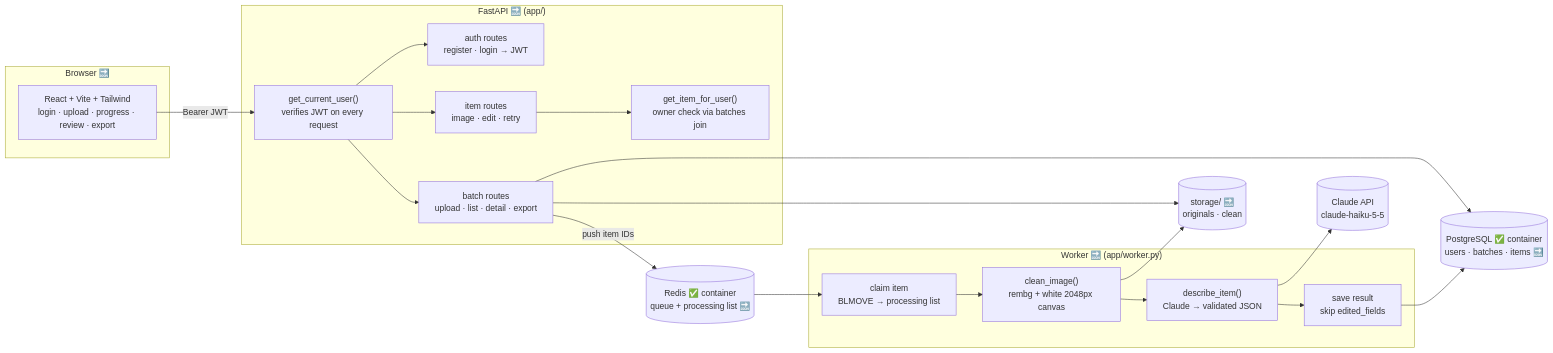
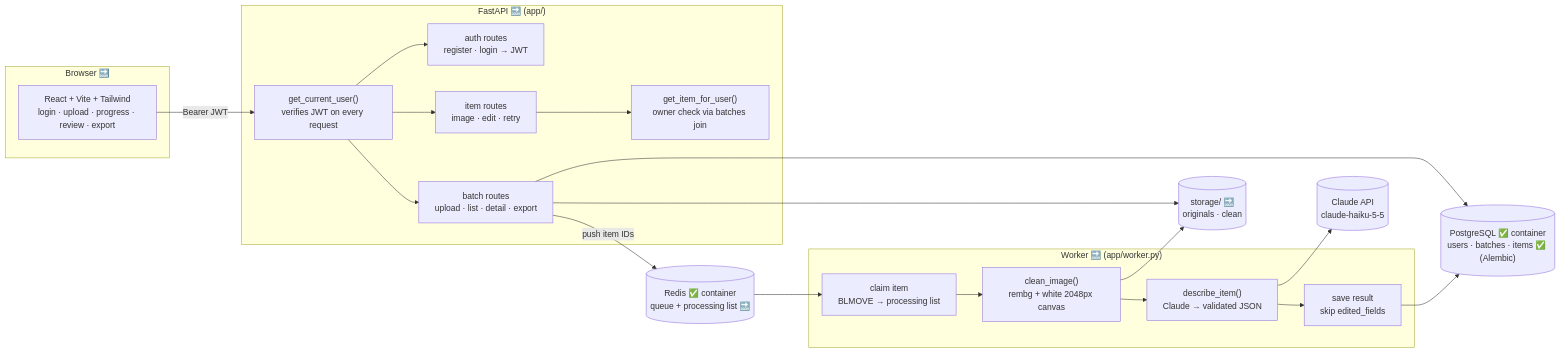
Before and after one commit to madBit10/catalog-assistant: the first of 5 diagrams in docs/FLOW.md, drawn with Mermaid. The commit also changed other lines of this file and 13 other files, not shown here.

````diff
--- a/docs/FLOW.md
+++ b/docs/FLOW.md
@@ -17,37 +17,37 @@
 ```mermaid
 flowchart LR
     subgraph CLIENT["Browser 🔜"]
         UI["React + Vite + Tailwind<br/>login · upload · progress · review · export"]
     end
 
     subgraph API["FastAPI 🔜 (app/)"]
         AUTH["auth routes<br/>register · login → JWT"]
         BATCH["batch routes<br/>upload · list · detail · export"]
         ITEM["item routes<br/>image · edit · retry"]
         DEP["get_current_user()<br/>verifies JWT on every request"]
         OWN["get_item_for_user()<br/>owner check via batches join"]
     end
 
     subgraph WORKER["Worker 🔜 (app/worker.py)"]
         CLAIM["claim item<br/>BLMOVE → processing list"]
         CLEAN["clean_image()<br/>rembg + white 2048px canvas"]
         LLM["describe_item()<br/>Claude → validated JSON"]
         SAVE["save result<br/>skip edited_fields"]
     end
 
-    DB[("PostgreSQL ✅ container<br/>users · batches · items 🔜")]
+    DB[("PostgreSQL ✅ container<br/>users · batches · items ✅ (Alembic)")]
     Q[("Redis ✅ container<br/>queue + processing list 🔜")]
     FS[("storage/ 🔜<br/>originals · clean")]
     CL[("Claude API<br/>claude-haiku-5-5")]
 
     UI -->|Bearer JWT| DEP
     DEP --> AUTH & BATCH & ITEM
     ITEM --> OWN
     BATCH --> DB
     BATCH -->|push item IDs| Q
     BATCH --> FS
     Q --> CLAIM --> CLEAN --> LLM --> SAVE
     CLEAN --> FS
     LLM --> CL
     SAVE --> DB
 ```
````
